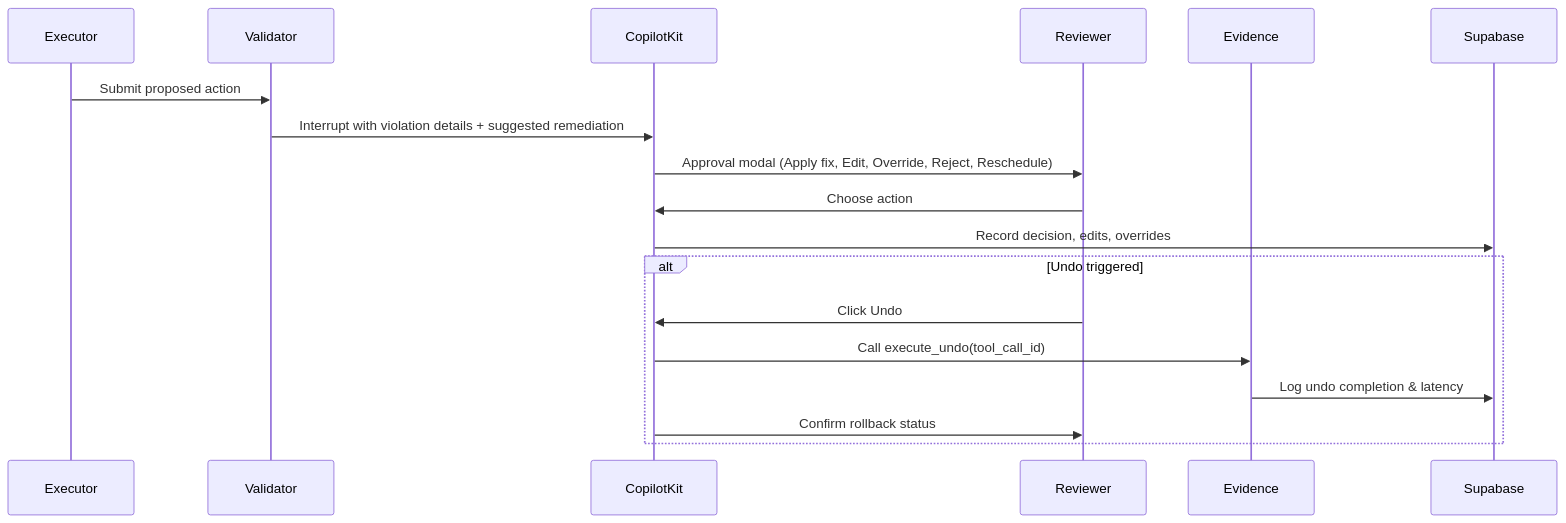
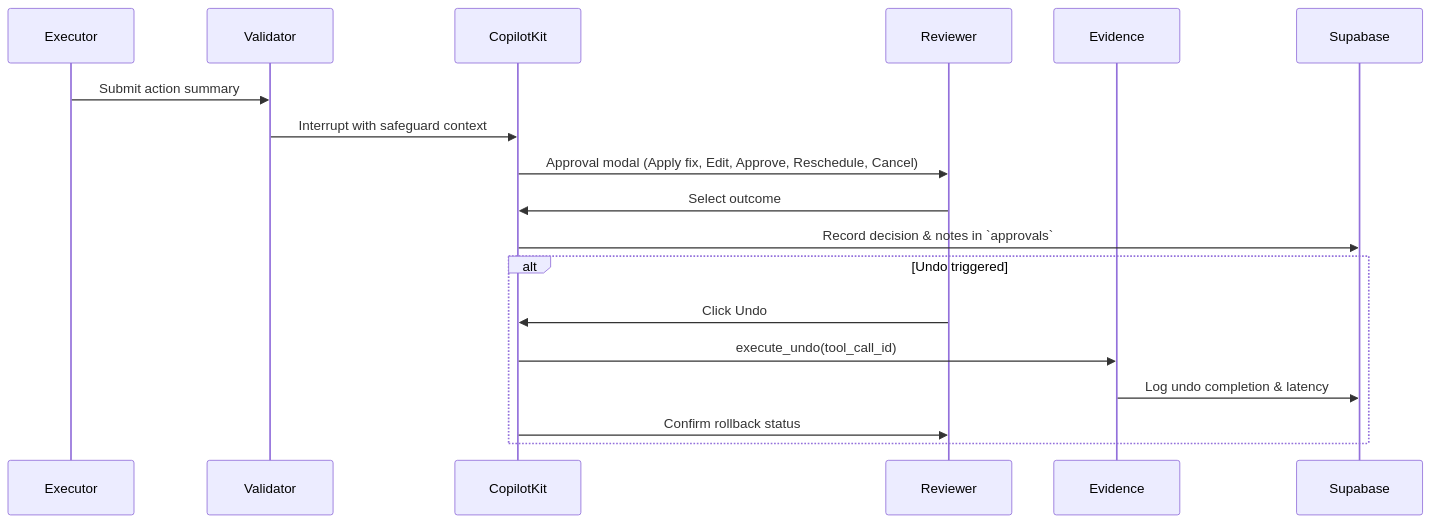
One commit to maxbaluev/ai_employee_0 changed the fourth of 4 diagrams in new_docs/architecture.md. Above: the diagram before and after it, drawn with Mermaid. The commit also changed other lines of this file and 5 other files, not shown here.

````diff
--- a/new_docs/architecture.md
+++ b/new_docs/architecture.md
@@ -193,21 +194,21 @@
 ```mermaid
 sequenceDiagram
     participant Executor
     participant Validator
     participant CopilotKit
     participant Reviewer
     participant Evidence
     participant Supabase
 
-    Executor->>Validator: Submit proposed action
-    Validator->>CopilotKit: Interrupt with violation details + suggested remediation
-    CopilotKit->>Reviewer: Approval modal (Apply fix, Edit, Override, Reject, Reschedule)
-    Reviewer->>CopilotKit: Choose action
-    CopilotKit->>Supabase: Record decision, edits, overrides
+    Executor->>Validator: Submit action summary
+    Validator->>CopilotKit: Interrupt with safeguard context
+    CopilotKit->>Reviewer: Approval modal (Apply fix, Edit, Approve, Reschedule, Cancel)
+    Reviewer->>CopilotKit: Select outcome
+    CopilotKit->>Supabase: Record decision & notes in `approvals`
     alt Undo triggered
         Reviewer->>CopilotKit: Click Undo
-        CopilotKit->>Evidence: Call execute_undo(tool_call_id)
+        CopilotKit->>Evidence: execute_undo(tool_call_id)
         Evidence->>Supabase: Log undo completion & latency
         CopilotKit->>Reviewer: Confirm rollback status
     end
 ```
````
